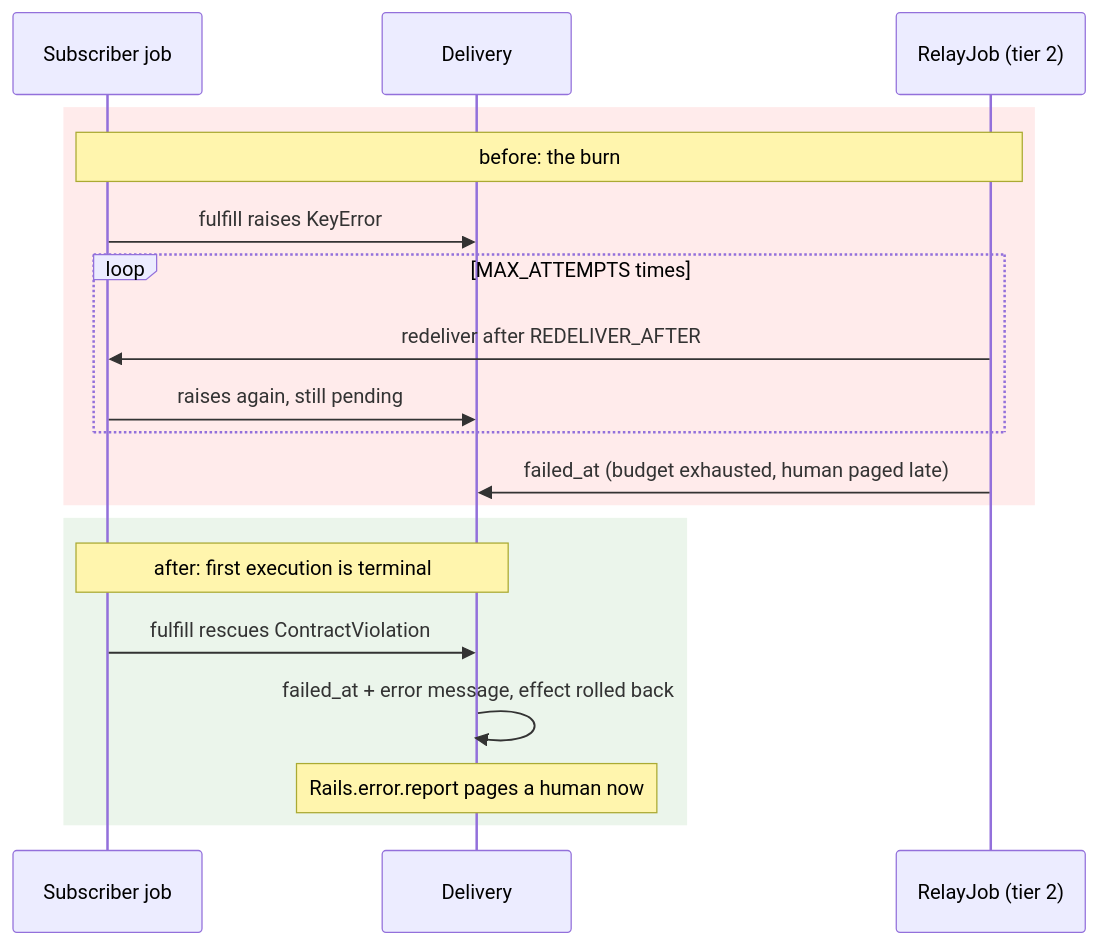
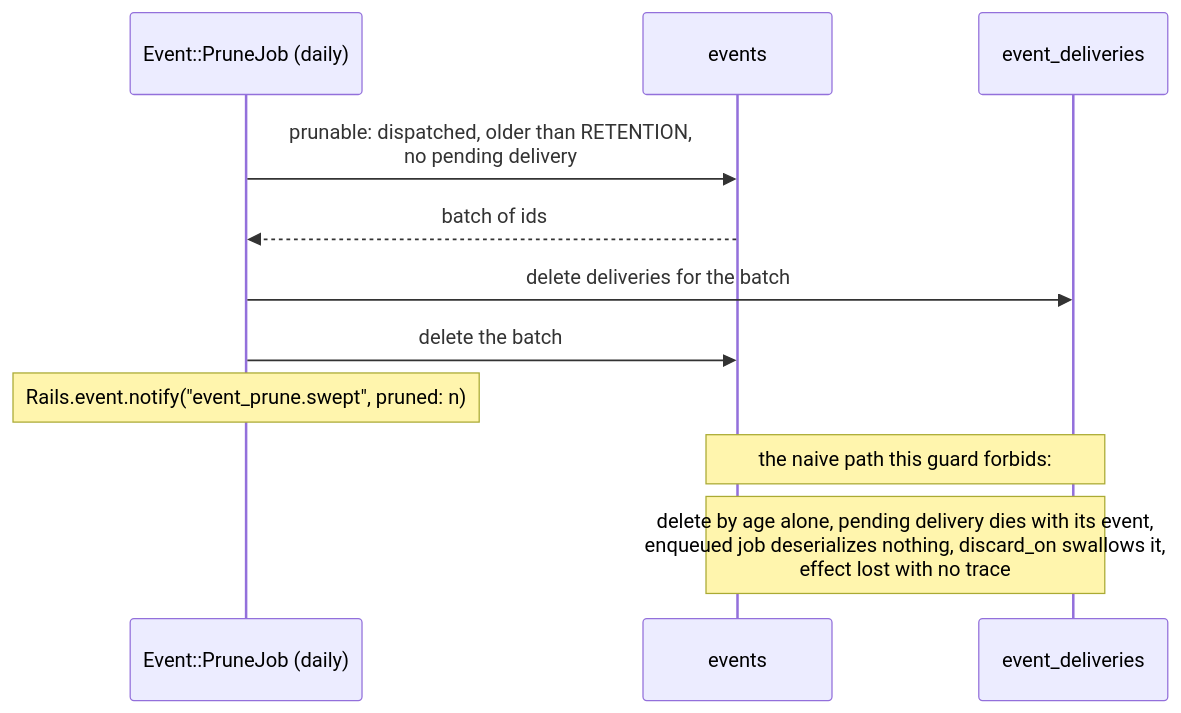
The diagram in README.md (wcalderipe/rails-vanilla-domain-events), drawn with Mermaid before and after one commit. The commit also changed other lines of this file, not shown here.

````diff
--- a/README.md
+++ b/README.md
@@ -48,23 +58,15 @@
 ```mermaid
 sequenceDiagram
-  participant J as Subscriber job
-  participant D as Delivery
-  participant R as RelayJob (tier 2)
+  participant P as Event::PruneJob (daily)
+  participant E as events
+  participant D as event_deliveries
 
-  rect rgb(255, 235, 235)
-    note over J,R: before: the burn
-    J->>D: fulfill raises KeyError
-    loop MAX_ATTEMPTS times
-      R->>J: redeliver after REDELIVER_AFTER
-      J->>D: raises again, still pending
-    end
-    R->>D: failed_at (budget exhausted, human paged late)
-  end
+  P->>E: prunable: dispatched, older than RETENTION,<br/>no pending delivery
+  E-->>P: batch of ids
+  P->>D: delete deliveries for the batch
+  P->>E: delete the batch
+  note over P: Rails.event.notify("event_prune.swept", pruned: n)
 
-  rect rgb(235, 245, 235)
-    note over J,D: after: first execution is terminal
-    J->>D: fulfill rescues ContractViolation
-    D->>D: failed_at + error message, effect rolled back
-    note over D: Rails.error.report pages a human now
-  end
+  note over E,D: the naive path this guard forbids:
+  note over E,D: delete by age alone, pending delivery dies with its event,<br/>enqueued job deserializes nothing, discard_on swallows it,<br/>effect lost with no trace
 ```
````
